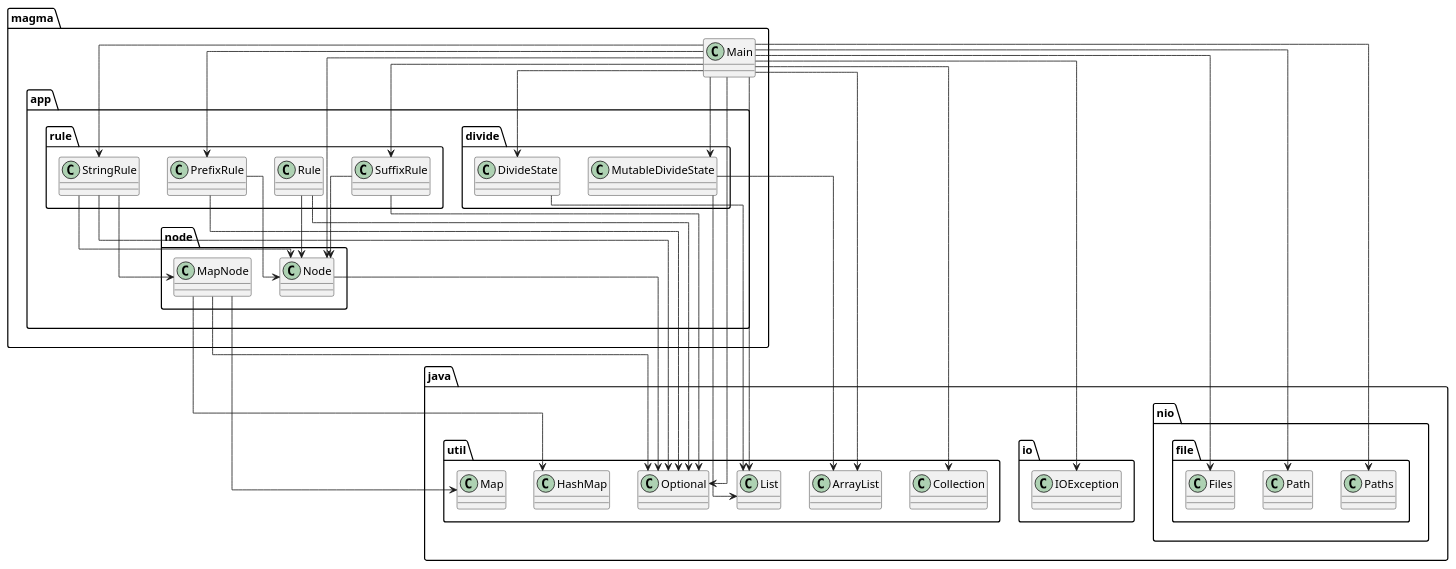
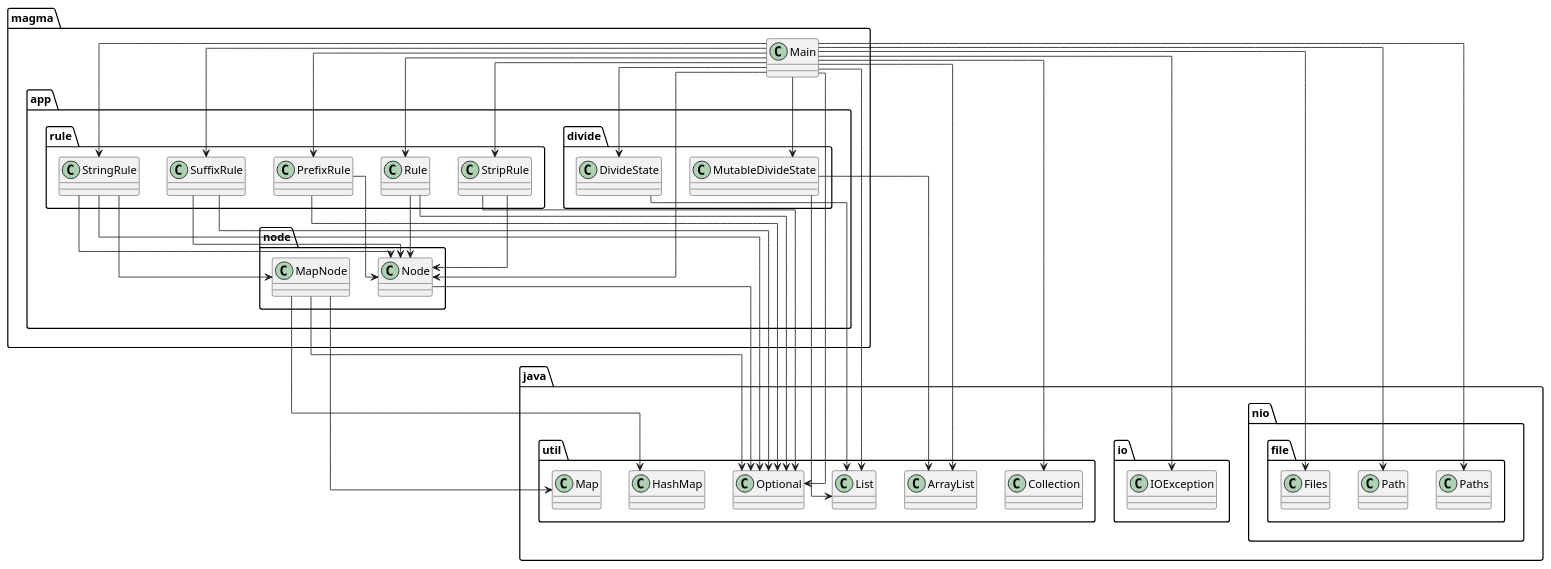
One commit to SirMathhman/Magma changed the diagram in diagram.puml. Above: the diagram before and after it, drawn with PlantUML. The commit also changed 2 other files, not shown here.

Commit message:
ImportRule

```diff
--- a/diagram.puml
+++ b/diagram.puml
@@ -1,42 +1,47 @@
 @startuml
 skinparam linetype ortho
 class magma.app.divide.DivideState
 magma.app.divide.DivideState --> java.util.List
 class magma.app.divide.MutableDivideState
 magma.app.divide.MutableDivideState --> java.util.ArrayList
 magma.app.divide.MutableDivideState --> java.util.List
 class magma.app.node.MapNode
 magma.app.node.MapNode --> java.util.HashMap
 magma.app.node.MapNode --> java.util.Map
 magma.app.node.MapNode --> java.util.Optional
 class magma.app.node.Node
 magma.app.node.Node --> java.util.Optional
 class magma.app.rule.PrefixRule
 magma.app.rule.PrefixRule --> magma.app.node.Node
 magma.app.rule.PrefixRule --> java.util.Optional
 class magma.app.rule.Rule
 magma.app.rule.Rule --> magma.app.node.Node
 magma.app.rule.Rule --> java.util.Optional
 class magma.app.rule.StringRule
 magma.app.rule.StringRule --> magma.app.node.MapNode
 magma.app.rule.StringRule --> magma.app.node.Node
 magma.app.rule.StringRule --> java.util.Optional
+class magma.app.rule.StripRule
+magma.app.rule.StripRule --> magma.app.node.Node
+magma.app.rule.StripRule --> java.util.Optional
 class magma.app.rule.SuffixRule
 magma.app.rule.SuffixRule --> magma.app.node.Node
 magma.app.rule.SuffixRule --> java.util.Optional
 class magma.Main
-magma.Main --> magma.app.rule.PrefixRule
 magma.Main --> magma.app.divide.DivideState
 magma.Main --> magma.app.divide.MutableDivideState
 magma.Main --> magma.app.node.Node
+magma.Main --> magma.app.rule.PrefixRule
+magma.Main --> magma.app.rule.Rule
 magma.Main --> magma.app.rule.StringRule
+magma.Main --> magma.app.rule.StripRule
 magma.Main --> magma.app.rule.SuffixRule
 magma.Main --> java.io.IOException
 magma.Main --> java.nio.file.Files
 magma.Main --> java.nio.file.Path
 magma.Main --> java.nio.file.Paths
 magma.Main --> java.util.ArrayList
 magma.Main --> java.util.Collection
 magma.Main --> java.util.List
 magma.Main --> java.util.Optional
 @enduml
```
